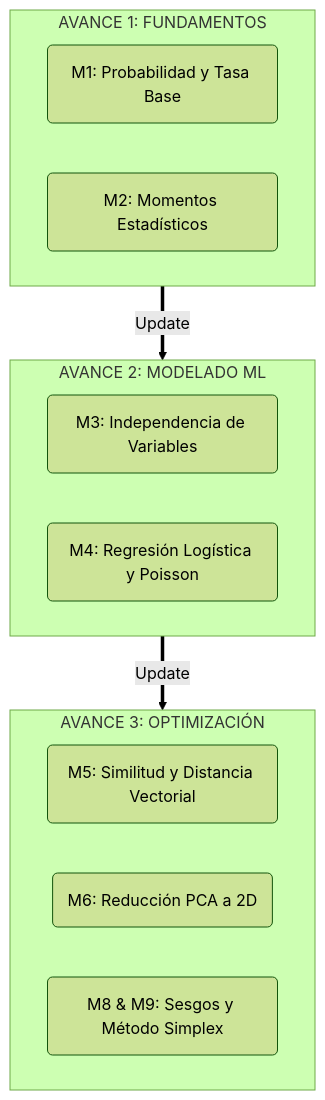
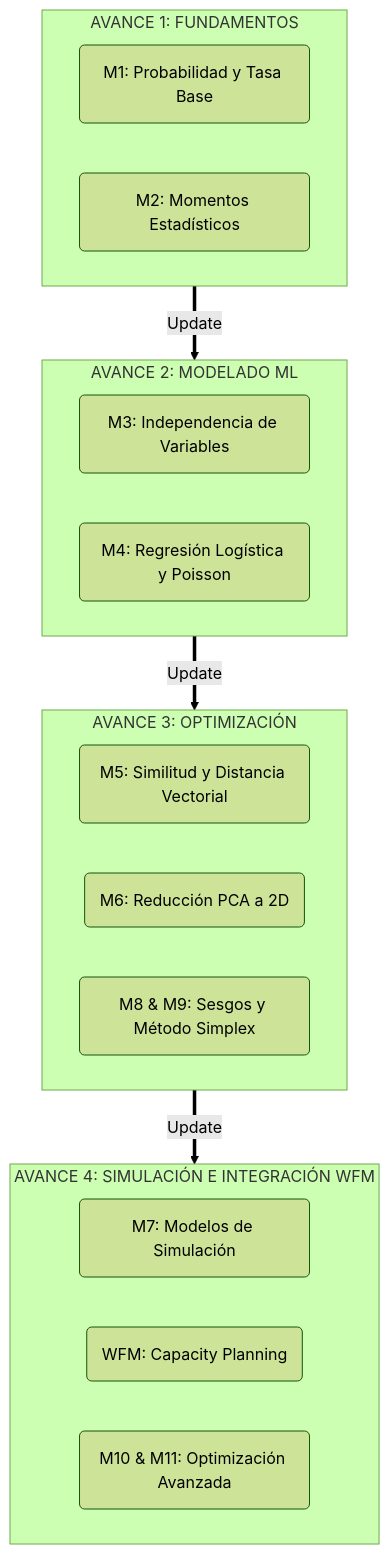
Before and after one commit to ksantistebant/bank: the second of 2 diagrams in README.md, drawn with Mermaid (forest theme).

Commit message:
Update README.md
docs: actualiza roadmap con Avance 4

````diff
--- a/README.md
+++ b/README.md
@@ -43,22 +43,27 @@
 ```mermaid
 flowchart TD
     subgraph V1 [AVANCE 1: FUNDAMENTOS]
         m1(M1: Probabilidad y Tasa Base)
         m2(M2: Momentos Estadísticos)
     end
     
     subgraph V2 [AVANCE 2: MODELADO ML]
         m3(M3: Independencia de Variables)
         m4(M4: Regresión Logística y Poisson)
     end
     
     subgraph V3 [AVANCE 3: OPTIMIZACIÓN]
         m5(M5: Similitud y Distancia Vectorial)
         m6(M6: Reducción PCA a 2D)
         m8(M8 & M9: Sesgos y Método Simplex)
     end
+    subgraph V4 [AVANCE 4: SIMULACIÓN E INTEGRACIÓN WFM]
+        m7(M7: Modelos de Simulación)
+        wfm(WFM: Capacity Planning)
+        m10(M10 & M11: Optimización Avanzada)
+    end
 
     V1 ==>|Update| V2
     V2 ==>|Update| V3
-
+    V3 ==>|Update| V4
 ```
````
